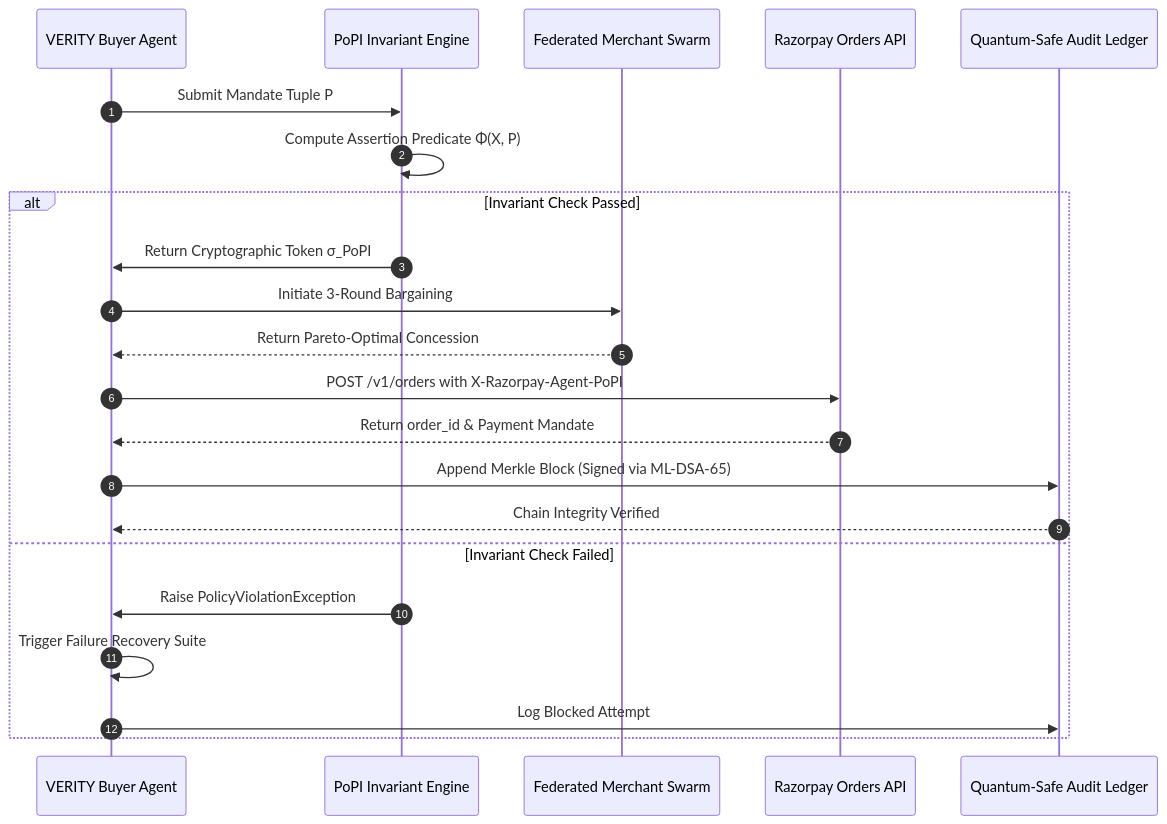
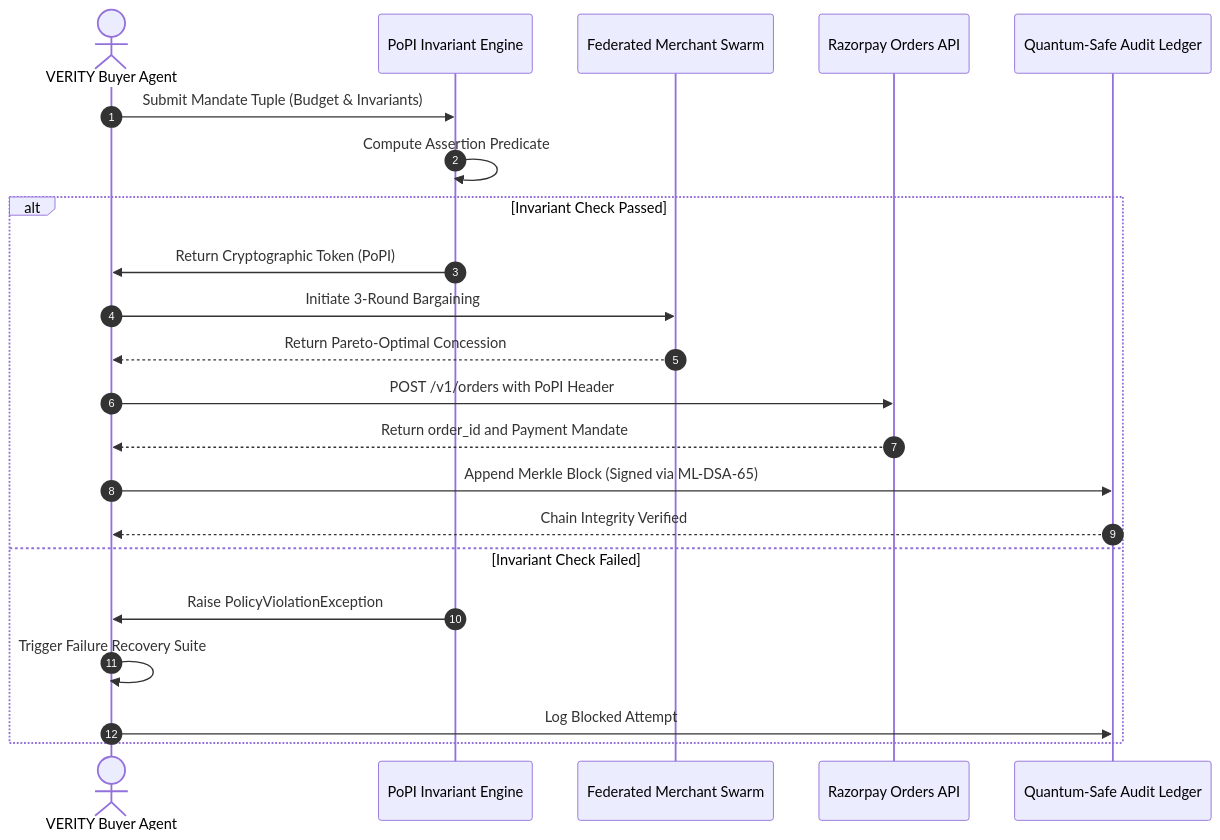
One commit to YeshwanthRajSelvaraj/VERITY-Agentic-Commerce-Razorpay changed the second of 2 diagrams in README.md. Above: the diagram before and after it, drawn with Mermaid. The commit also changed other lines of this file, not shown here.

Commit message:
fix(docs): format Mermaid diagrams to GitHub-safe syntax to fix SVG render tree errors

````diff
--- a/README.md
+++ b/README.md
@@ -130,25 +117,25 @@
 ```mermaid
 sequenceDiagram
     autonumber
-    participant Buyer as VERITY Buyer Agent
+    actor Buyer as VERITY Buyer Agent
     participant Policy as PoPI Invariant Engine
     participant A2A as Federated Merchant Swarm
     participant Rails as Razorpay Orders API
     participant Ledger as Quantum-Safe Audit Ledger
 
-    Buyer->>Policy: Submit Mandate Tuple P
-    Policy->>Policy: Compute Assertion Predicate Φ(X, P)
+    Buyer->>Policy: Submit Mandate Tuple (Budget & Invariants)
+    Policy->>Policy: Compute Assertion Predicate
     alt Invariant Check Passed
-        Policy->>Buyer: Return Cryptographic Token σ_PoPI
+        Policy->>Buyer: Return Cryptographic Token (PoPI)
         Buyer->>A2A: Initiate 3-Round Bargaining
         A2A-->>Buyer: Return Pareto-Optimal Concession
-        Buyer->>Rails: POST /v1/orders with X-Razorpay-Agent-PoPI
-        Rails-->>Buyer: Return order_id & Payment Mandate
+        Buyer->>Rails: POST /v1/orders with PoPI Header
+        Rails-->>Buyer: Return order_id and Payment Mandate
         Buyer->>Ledger: Append Merkle Block (Signed via ML-DSA-65)
         Ledger-->>Buyer: Chain Integrity Verified
     else Invariant Check Failed
         Policy->>Buyer: Raise PolicyViolationException
         Buyer->>Buyer: Trigger Failure Recovery Suite
         Buyer->>Ledger: Log Blocked Attempt
     end
 ```
````
